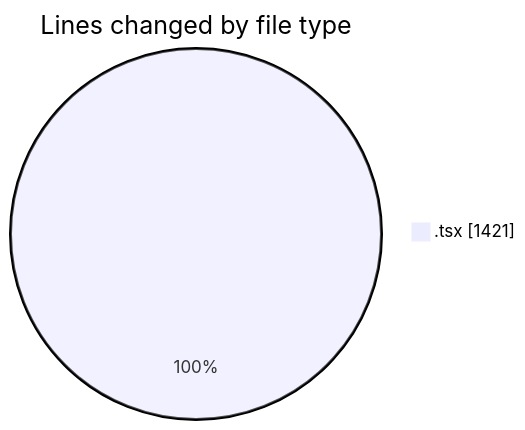
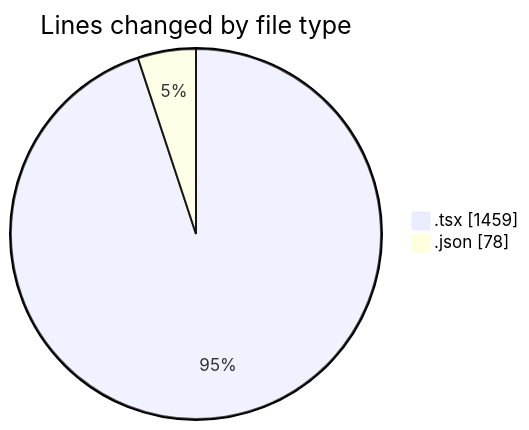
One commit to momahboobian/code-tracking changed the first of 2 diagrams in 2026-10-19/cda/README.md. Above: the diagram before and after it, drawn with Mermaid. The commit also changed other lines of this file and 1 other file, not shown here.

````diff
--- a/2026-10-19/cda/README.md
+++ b/2026-10-19/cda/README.md
@@ -22,5 +23,6 @@
 ```mermaid
 pie showData
 title Lines changed by file type
-".tsx" : 1421
+".tsx" : 1459
+".json" : 78
 ```
````
